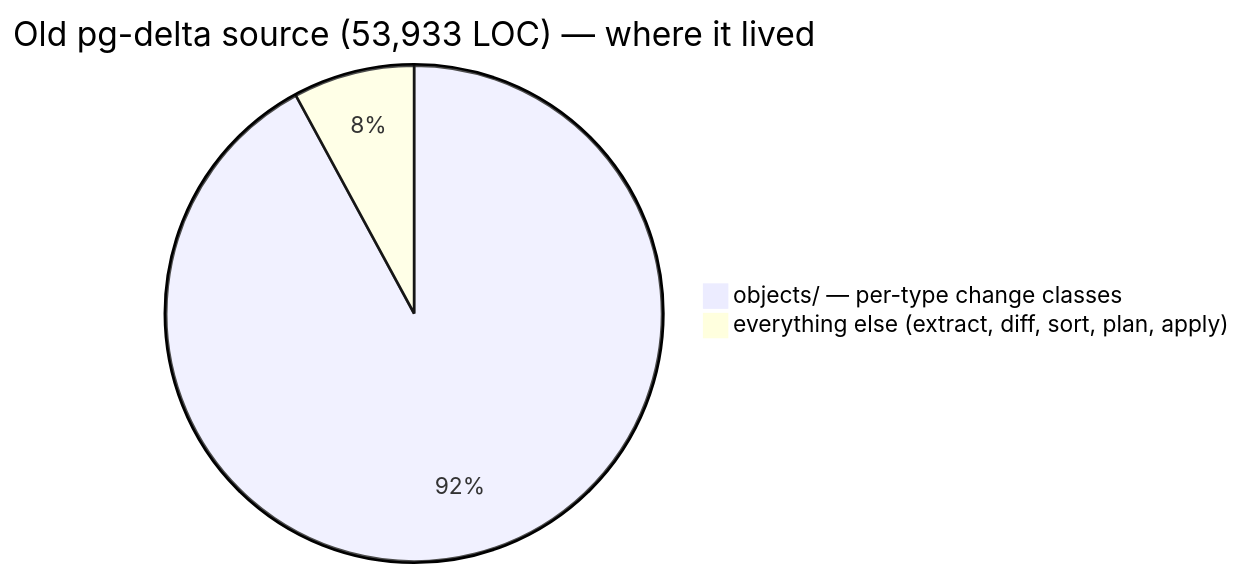
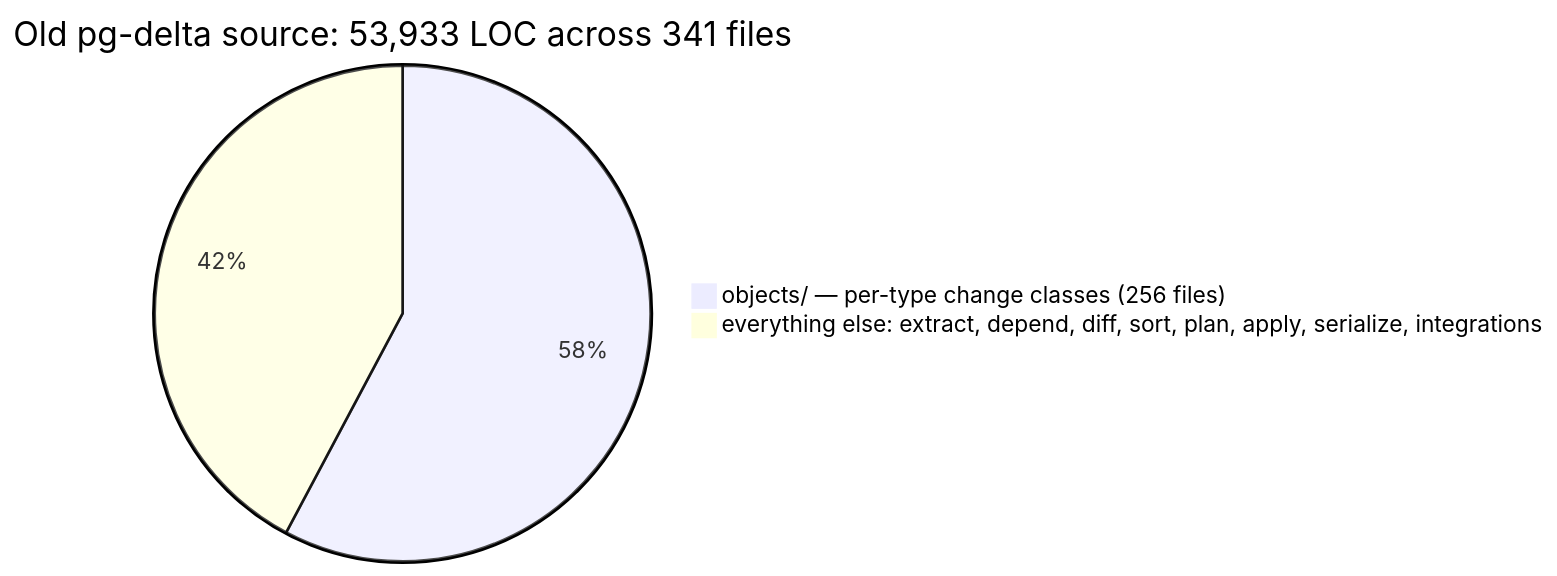
Before and after one commit to 7ttp/pg-toolbelt: the second of 4 diagrams in docs/overview.md, drawn with Mermaid. The commit also changed other lines of this file and 4 other files, not shown here.

````diff
--- a/docs/overview.md
+++ b/docs/overview.md
@@ -76,5 +87,5 @@
 ```mermaid
-pie title Old pg-delta source (53,933 LOC) — where it lived
-    "objects/ — per-type change classes" : 49667
-    "everything else (extract, diff, sort, plan, apply)" : 4266
+pie title Old pg-delta source: 53,933 LOC across 341 files
+    "objects/ — per-type change classes (256 files)" : 31162
+    "everything else: extract, depend, diff, sort, plan, apply, serialize, integrations" : 22771
 ```
````
